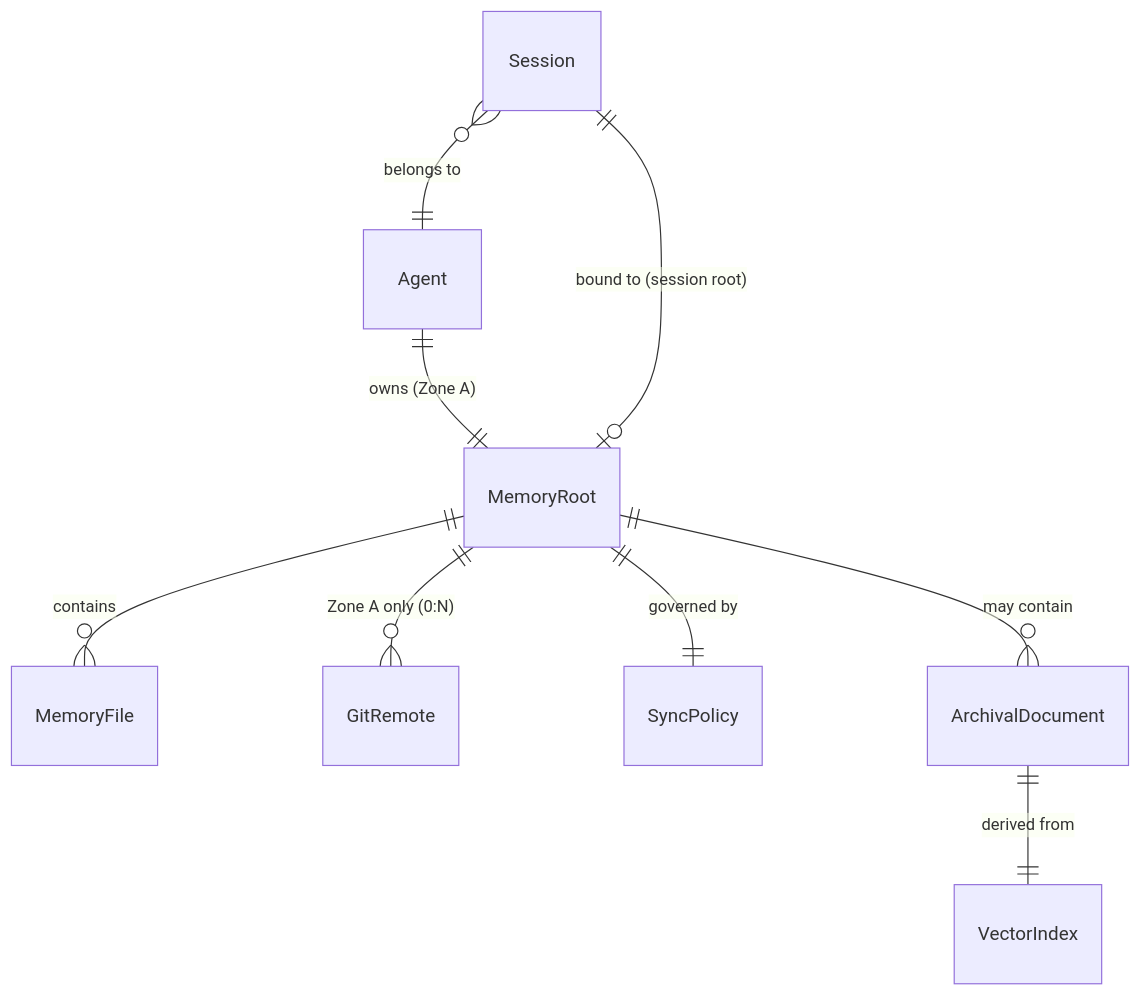
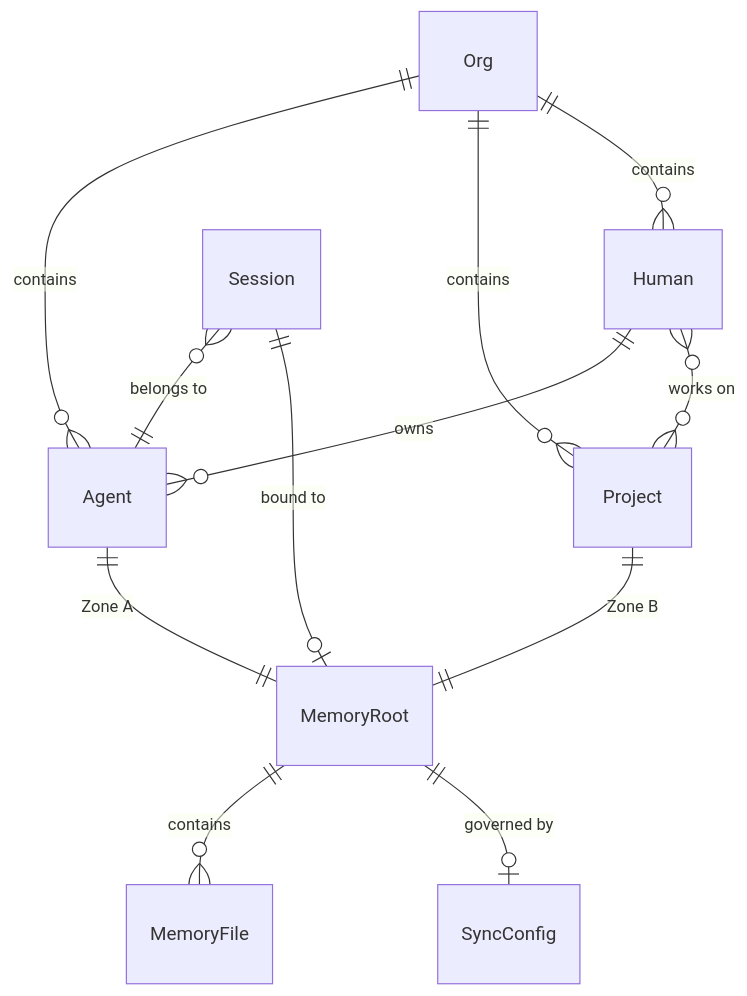
The diagram in docs/DATA-MODEL.md (wunluv/pi-agent-memory), drawn with Mermaid before and after one commit. The commit also changed other lines of this file, not shown here.

````diff
--- a/docs/DATA-MODEL.md
+++ b/docs/DATA-MODEL.md
@@ -193,11 +263,14 @@
 ```mermaid
 erDiagram
-    Agent ||--|| MemoryRoot : "owns (Zone A)"
+    Org ||--o{ Agent : "contains"
+    Org ||--o{ Project : "contains"
+    Org ||--o{ Human : "contains"
+    Human ||--o{ Agent : "owns"
+    Human }o--o{ Project : "works on"
+    Agent ||--|| MemoryRoot : "Zone A"
+    Project ||--|| MemoryRoot : "Zone B"
     MemoryRoot ||--o{ MemoryFile : "contains"
-    MemoryRoot ||--o{ GitRemote : "Zone A only (0:N)"
-    MemoryRoot ||--|| SyncPolicy : "governed by"
-    MemoryRoot ||--o{ ArchivalDocument : "may contain"
-    ArchivalDocument ||--|| VectorIndex : "derived from"
+    MemoryRoot ||--o| SyncConfig : "governed by"
     Session }o--|| Agent : "belongs to"
-    Session ||--o| MemoryRoot : "bound to (session root)"
+    Session ||--o| MemoryRoot : "bound to"
 ```
````
